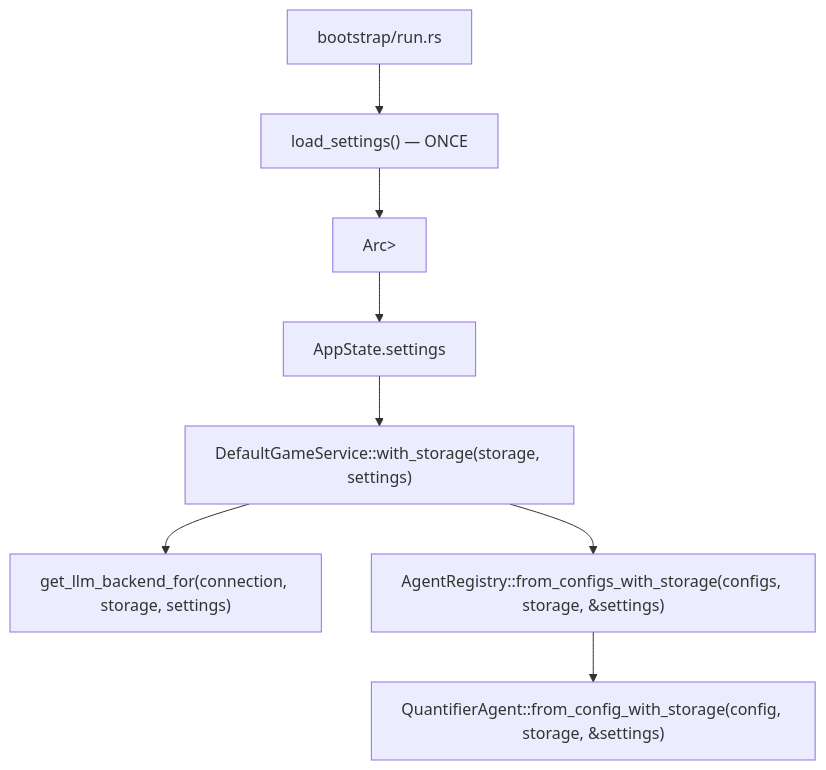
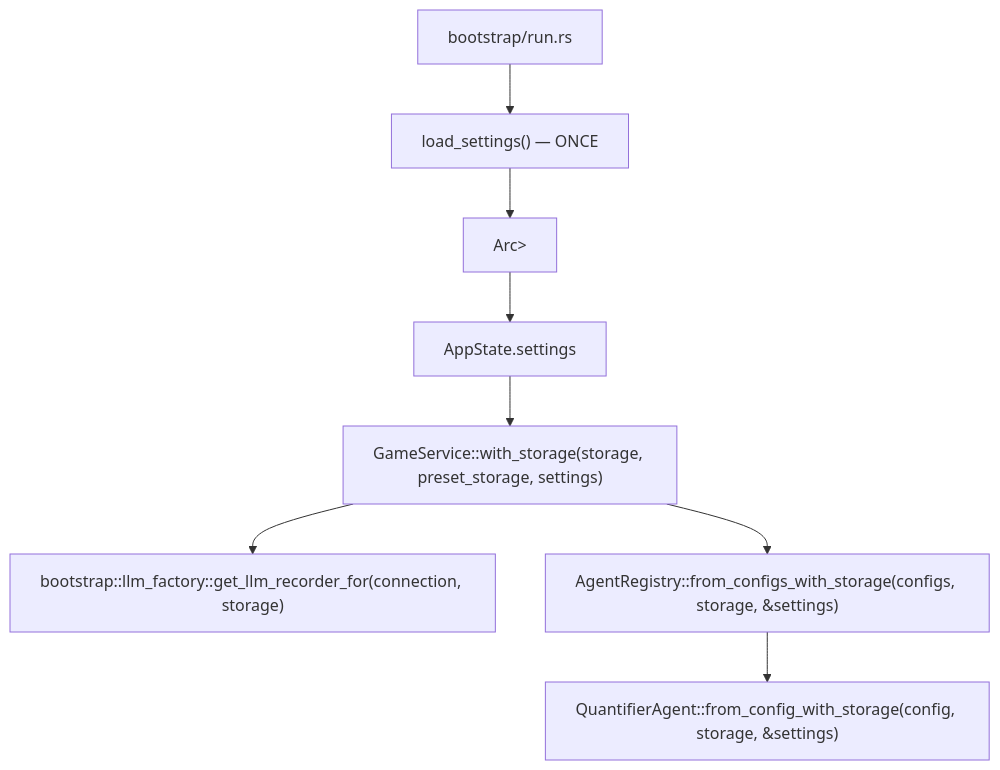
The diagram in chronicler_engine/docs/architecture/system.md (notsonormal/chronicler-engine), drawn with Mermaid before and after one commit. The commit also changed other lines of this file and 7 other files, not shown here.

````diff
--- a/chronicler_engine/docs/architecture/system.md
+++ b/chronicler_engine/docs/architecture/system.md
@@ -197,10 +200,10 @@
 ```mermaid
 flowchart TD
     A["bootstrap/run.rs"] --> B["load_settings() — ONCE"]
     B --> C["Arc<RwLock<AppSettings>>"]
     C --> D["AppState.settings"]
-    D --> E["DefaultGameService::with_storage(storage, settings)"]
-    E --> F["get_llm_backend_for(connection, storage, settings)"]
+    D --> E["GameService::with_storage(storage, preset_storage, settings)"]
+    E --> F["bootstrap::llm_factory::get_llm_recorder_for(connection, storage)"]
     E --> G["AgentRegistry::from_configs_with_storage(configs, storage, &settings)"]
     G --> H["QuantifierAgent::from_config_with_storage(config, storage, &settings)"]
 ```
````
